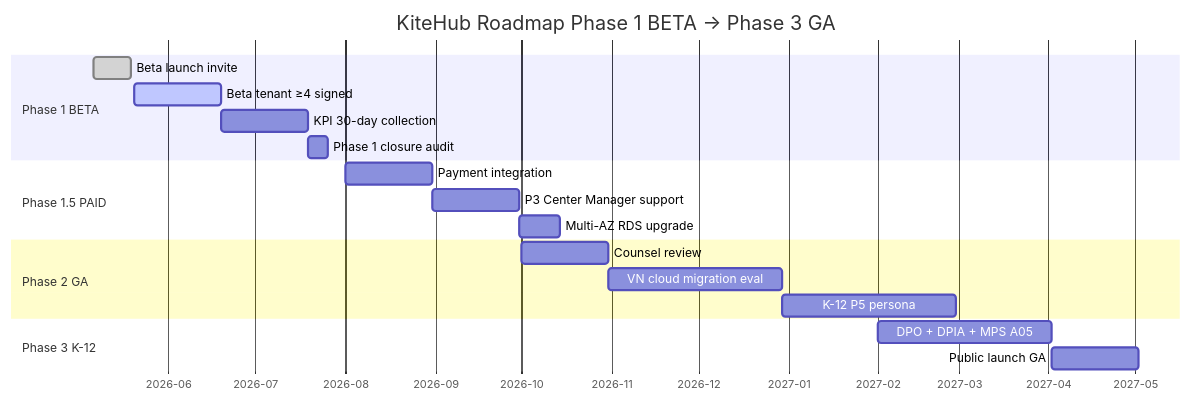
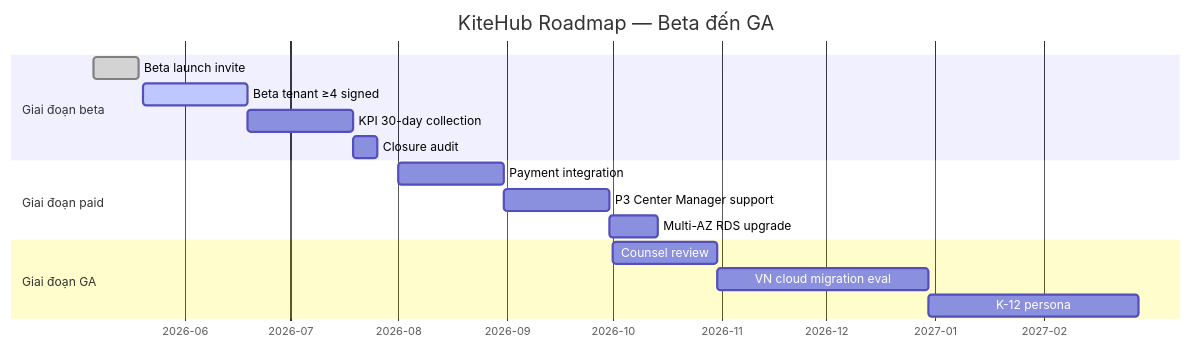
Before and after one commit to VictorAurelius/2026-Kite-Class-Platform: the fifth of 5 diagrams in documents/08-thesis/chapter-4-deployment-results.md, drawn with Mermaid. The commit also changed other lines of this file and 13 other files, not shown here.

````diff
--- a/documents/08-thesis/chapter-4-deployment-results.md
+++ b/documents/08-thesis/chapter-4-deployment-results.md
@@ -600,26 +379,22 @@
 ```mermaid
 gantt
-    title KiteHub Roadmap Phase 1 BETA → Phase 3 GA
+    title KiteHub Roadmap — Beta đến GA
     dateFormat YYYY-MM-DD
     axisFormat %Y-%m
 
-    section Phase 1 BETA
+    section Giai đoạn beta
     Beta launch invite          :done, p1, 2026-05-06, 2026-05-19
     Beta tenant ≥4 signed       :active, p1_beta, 2026-05-20, 30d
     KPI 30-day collection       :p1_kpi, after p1_beta, 30d
-    Phase 1 closure audit       :p1_close, after p1_kpi, 7d
+    Closure audit               :p1_close, after p1_kpi, 7d
 
-    section Phase 1.5 PAID
+    section Giai đoạn paid
     Payment integration         :p15_pay, 2026-08-01, 30d
     P3 Center Manager support   :p15_p3, after p15_pay, 30d
     Multi-AZ RDS upgrade        :p15_rds, after p15_p3, 14d
 
-    section Phase 2 GA
+    section Giai đoạn GA
     Counsel review              :p2_legal, 2026-10-01, 30d
     VN cloud migration eval     :p2_vn, after p2_legal, 60d
-    K-12 P5 persona             :p2_k12, after p2_vn, 60d
-
-    section Phase 3 K-12
-    DPO + DPIA + MPS A05        :p3_legal, 2027-02-01, 60d
-    Public launch GA            :p3_ga, after p3_legal, 30d
+    K-12 persona                :p2_k12, after p2_vn, 60d
 ```
````
